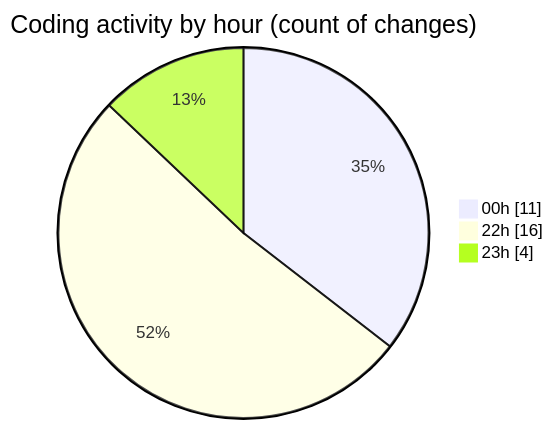
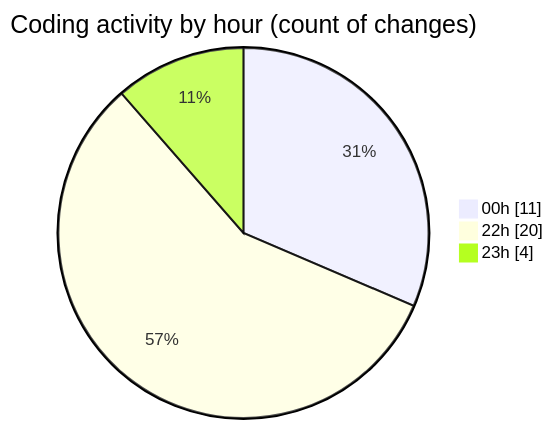
The second of 2 diagrams in 2026-11-26/taskforge/README.md (hasnaa123/code-tracking), drawn with Mermaid before and after one commit. The commit also changed other lines of this file and 1 other file, not shown here.

````diff
--- a/2026-11-26/taskforge/README.md
+++ b/2026-11-26/taskforge/README.md
@@ -28,7 +29,7 @@
 ```mermaid
 pie showData
 title Coding activity by hour (count of changes)
 "00h" : 11
-"22h" : 16
+"22h" : 20
 "23h" : 4
 ```
````
